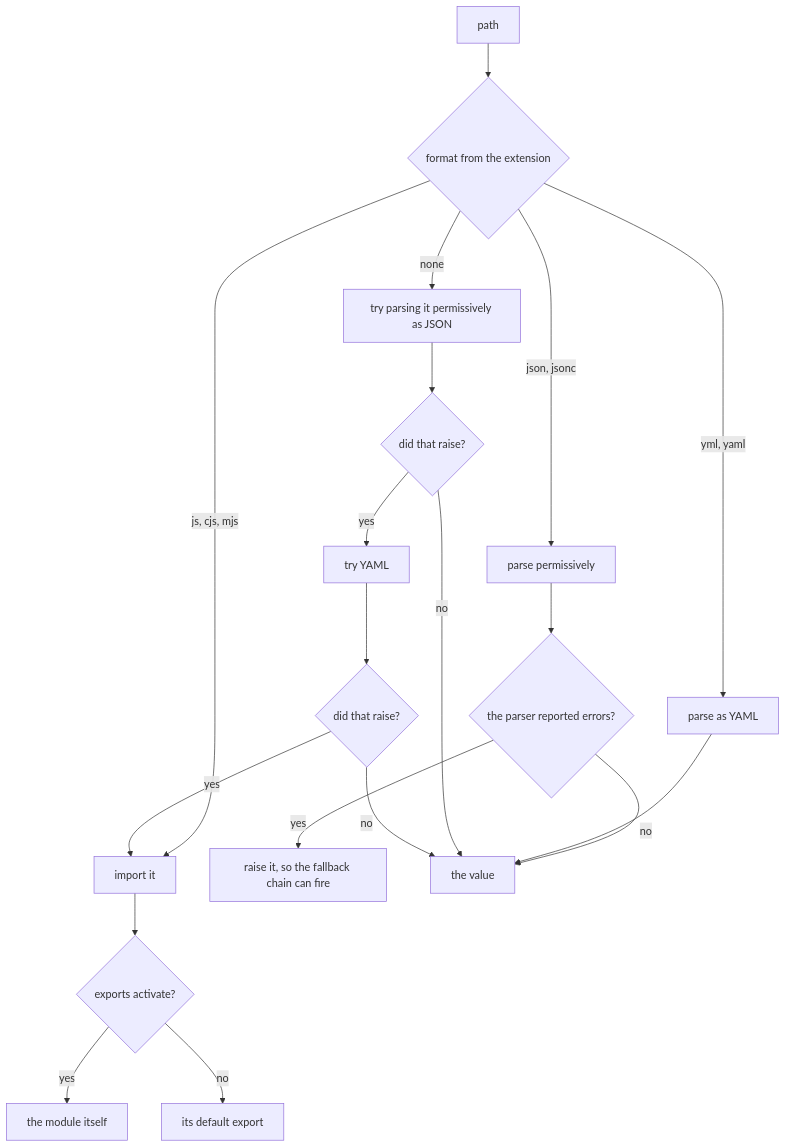
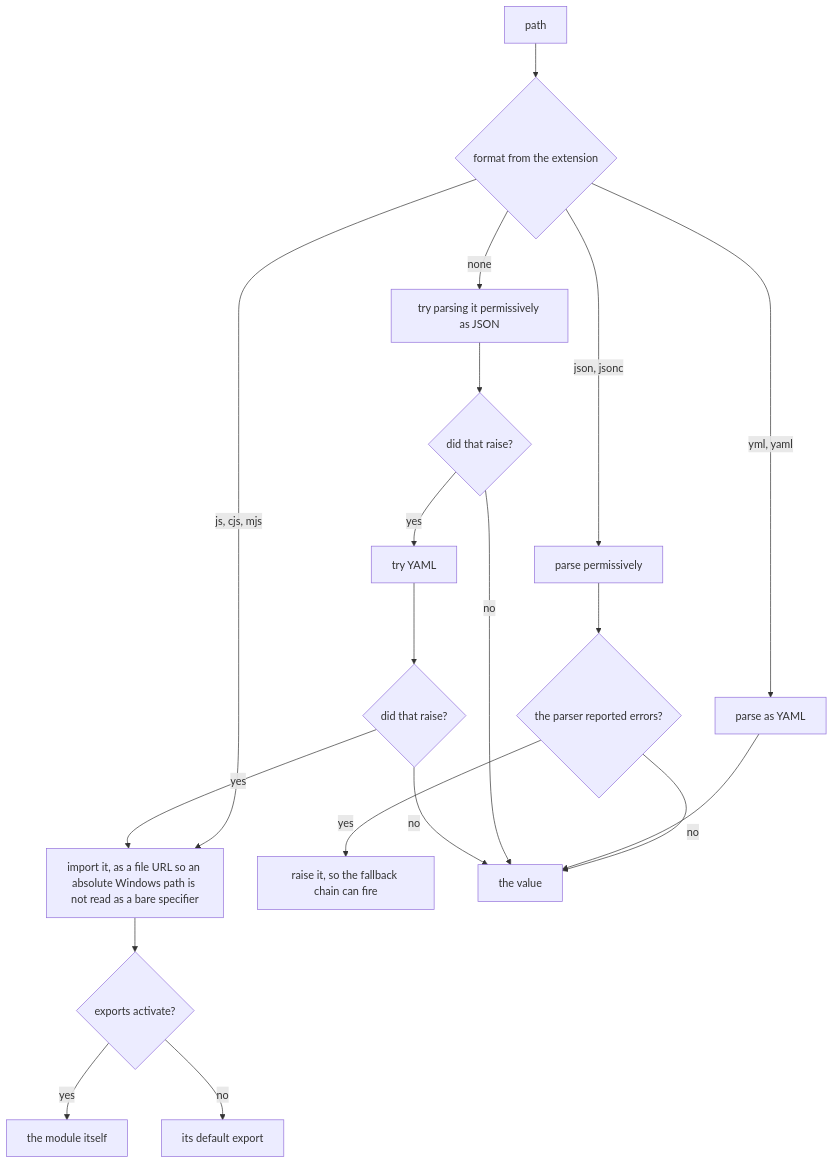
One commit to clibuilder/clibuilder changed the fourth of 5 diagrams in packages/clibuilder/.agents/spec/configuration/README.md. Above: the diagram before and after it, drawn with Mermaid. The commit also changed other lines of this file and 1 other file, not shown here.

````diff
--- a/packages/clibuilder/.agents/spec/configuration/README.md
+++ b/packages/clibuilder/.agents/spec/configuration/README.md
@@ -249,16 +251,16 @@
 ```mermaid
 graph TD
   R[path] --> FMT{format from the extension}
-  FMT -- "js, cjs, mjs" --> MOD[import it] --> ACT{exports activate?}
+  FMT -- "js, cjs, mjs" --> MOD[import it, as a file URL so an absolute Windows path is not read as a bare specifier] --> ACT{exports activate?}
   ACT -- yes --> WHOLE[the module itself]
   ACT -- no --> DEF[its default export]
   FMT -- "json, jsonc" --> JS[parse permissively] --> ERR{the parser reported errors?}
   ERR -- yes --> THROW[raise it, so the fallback chain can fire]
   ERR -- no --> VAL[the value]
   FMT -- "yml, yaml" --> YA[parse as YAML] --> VAL
   FMT -- "none" --> T1[try parsing it permissively as JSON] --> T1Q{did that raise?}
   T1Q -- no --> VAL
   T1Q -- yes --> T2[try YAML] --> T2Q{did that raise?}
   T2Q -- no --> VAL
   T2Q -- yes --> MOD
 ```
````
